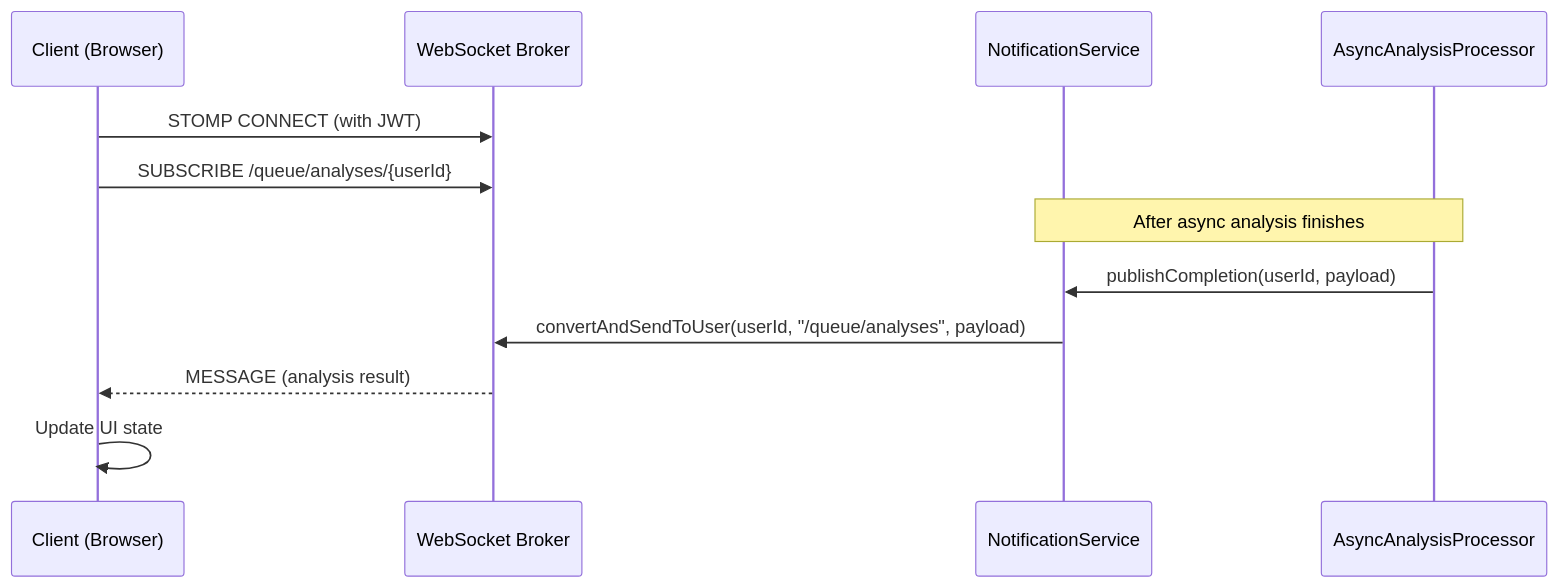
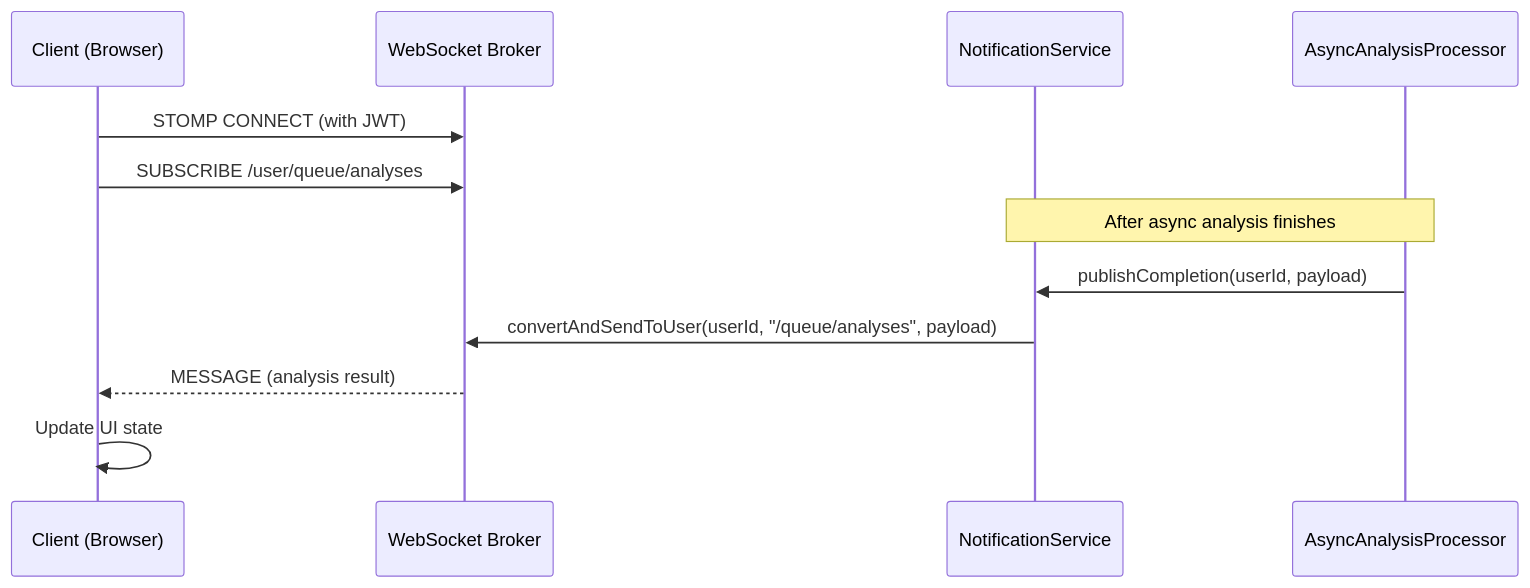
The sixth of 7 diagrams in ARCHITECTURE.md (AndrianosLougkia/job-tracker), drawn with Mermaid before and after one commit. The commit also changed other lines of this file and 31 other files, not shown here.

````diff
--- a/ARCHITECTURE.md
+++ b/ARCHITECTURE.md
@@ -995,17 +1008,17 @@
 ```mermaid
 sequenceDiagram
     participant C as Client (Browser)
     participant WS as WebSocket Broker
     participant NS as NotificationService
     participant AP as AsyncAnalysisProcessor
 
     C->>WS: STOMP CONNECT (with JWT)
-    C->>WS: SUBSCRIBE /queue/analyses/{userId}
+    C->>WS: SUBSCRIBE /user/queue/analyses
 
     Note over AP,NS: After async analysis finishes
 
     AP->>NS: publishCompletion(userId, payload)
     NS->>WS: convertAndSendToUser(userId, "/queue/analyses", payload)
     WS-->>C: MESSAGE (analysis result)
     C->>C: Update UI state
 ```
````
